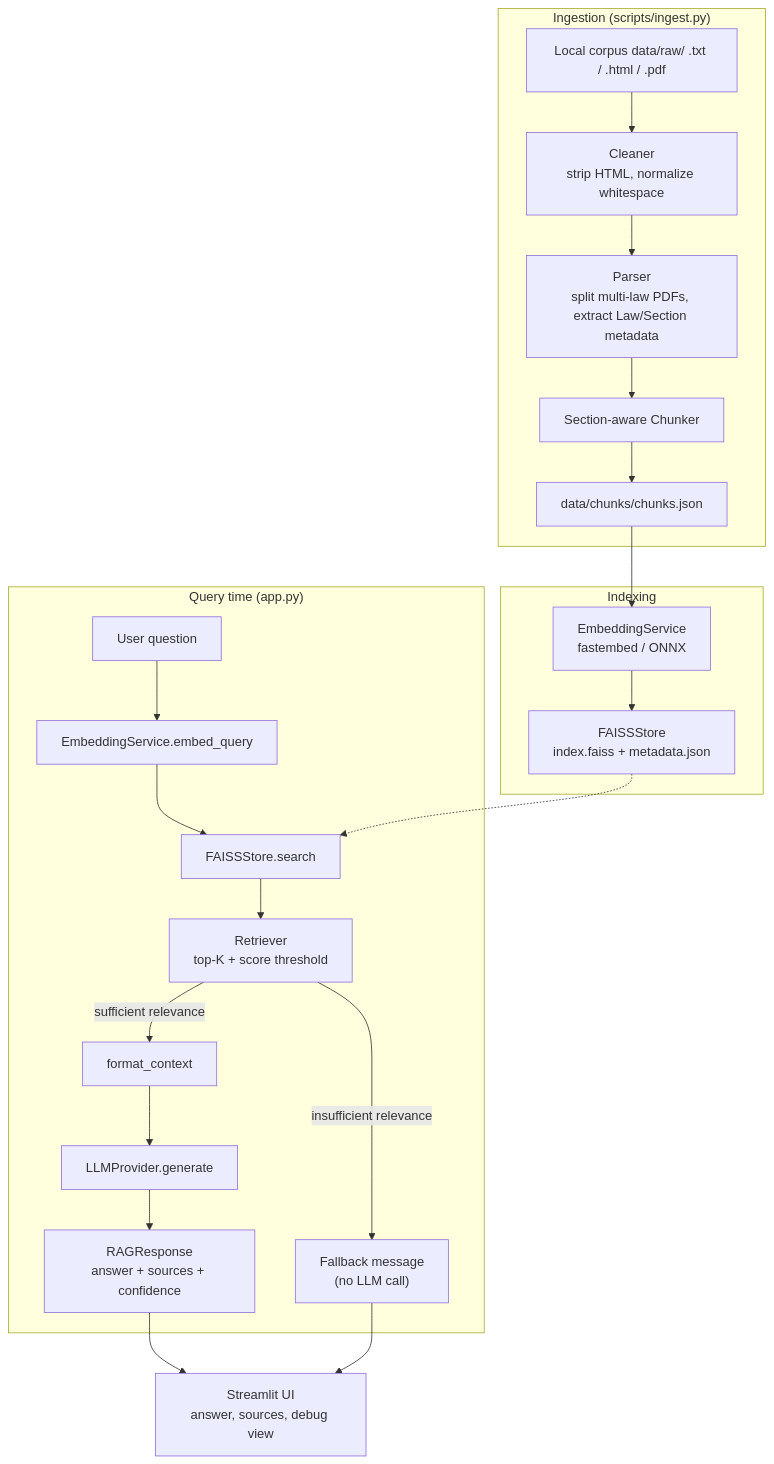
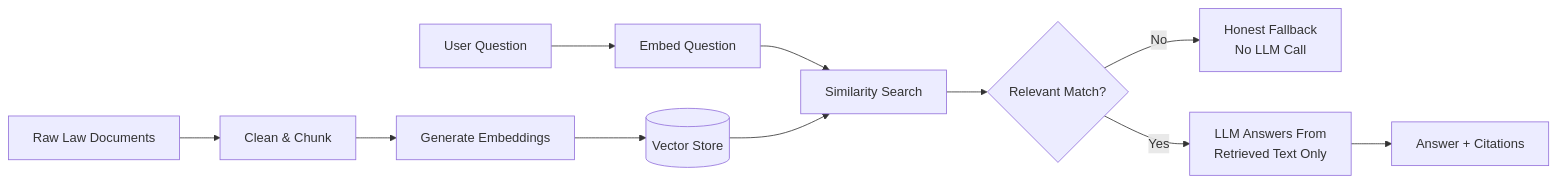
Before and after one commit to ojhayash45/CricRAG: the diagram in README.md, drawn with Mermaid. The commit also changed other lines of this file and 10 other files, not shown here.

First line of the commit message:
Clean up repo: drop dev-tool artifacts and doc PDFs, simplify README

````diff
--- a/README.md
+++ b/README.md
@@ -20,28 +20,14 @@
 ```mermaid
-flowchart TD
-    subgraph Ingestion["Ingestion (scripts/ingest.py)"]
-        A[Local corpus data/raw/ .txt / .html / .pdf] --> B[Cleaner<br/>strip HTML, normalize whitespace]
-        B --> C[Parser<br/>split multi-law PDFs, extract Law/Section metadata]
-        C --> D[Section-aware Chunker]
-        D --> E[data/chunks/chunks.json]
-    end
+flowchart LR
+    A[Raw Law Documents] --> B[Clean & Chunk]
+    B --> C[Generate Embeddings]
+    C --> D[(Vector Store)]
 
-    subgraph Indexing
-        E --> F[EmbeddingService<br/>fastembed / ONNX]
-        F --> G[FAISSStore<br/>index.faiss + metadata.json]
-    end
-
-    subgraph Query["Query time (app.py)"]
-        H[User question] --> I[EmbeddingService.embed_query]
-        I --> J[FAISSStore.search]
-        G -.-> J
-        J --> K[Retriever<br/>top-K + score threshold]
-        K -->|insufficient relevance| L["Fallback message<br/>(no LLM call)"]
-        K -->|sufficient relevance| M[format_context]
-        M --> N[LLMProvider.generate]
-        N --> O[RAGResponse<br/>answer + sources + confidence]
-    end
-
-    O --> P[Streamlit UI<br/>answer, sources, debug view]
-    L --> P
+    E[User Question] --> F[Embed Question]
+    F --> G[Similarity Search]
+    D --> G
+    G --> H{Relevant Match?}
+    H -- No --> I[Honest Fallback<br/>No LLM Call]
+    H -- Yes --> J[LLM Answers From<br/>Retrieved Text Only]
+    J --> K[Answer + Citations]
 ```
````
